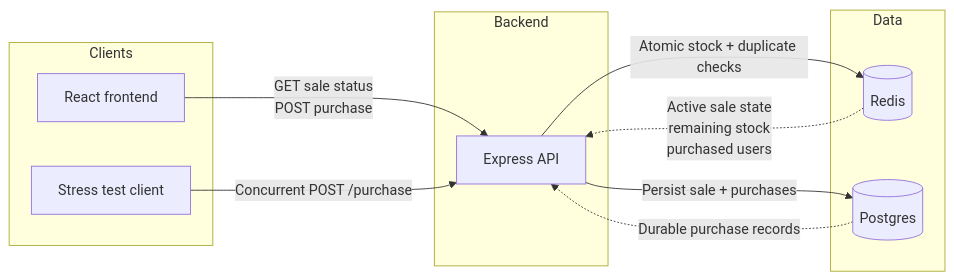
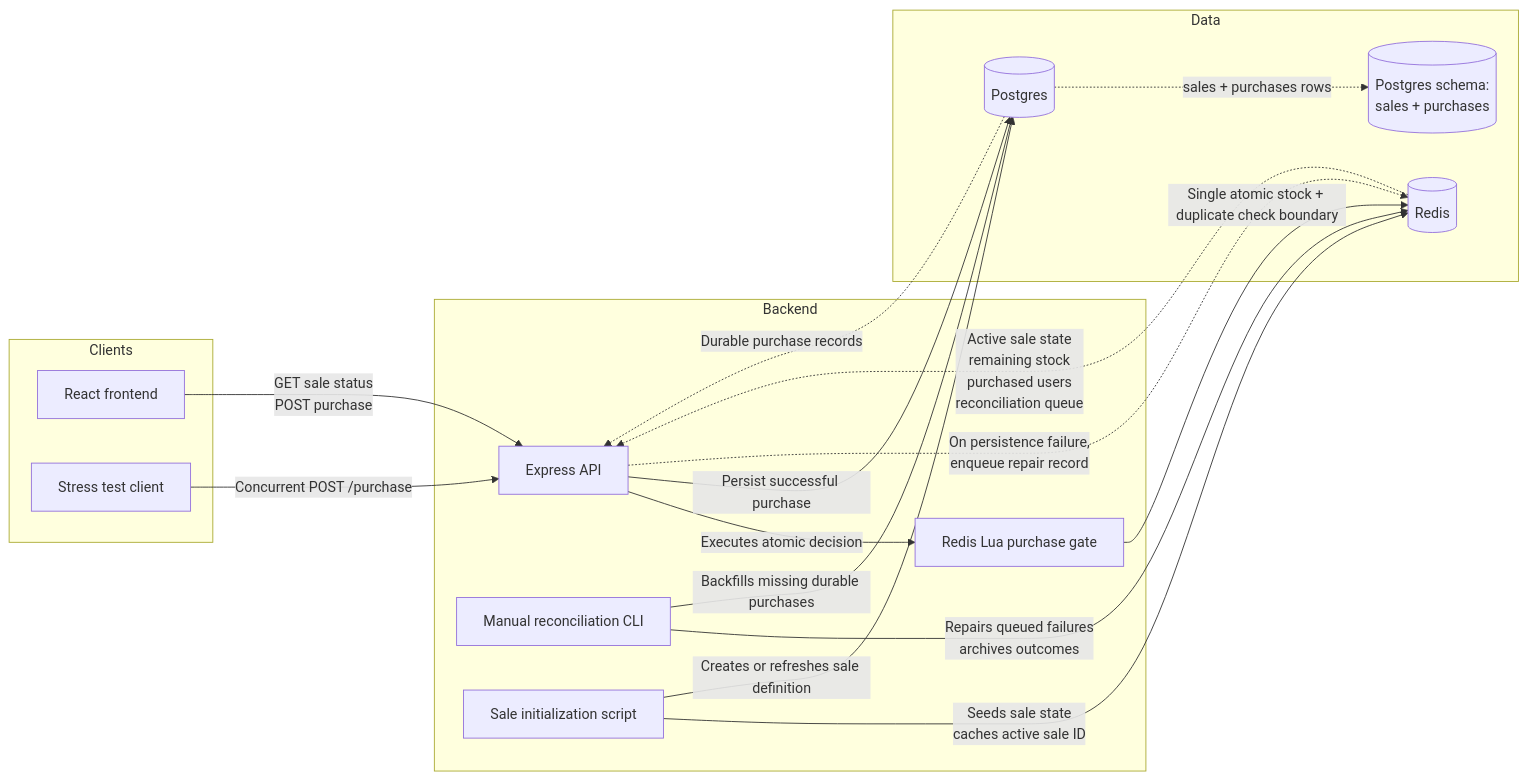
Before and after one commit to nulad/bookipi-assignment: the diagram in README.md, drawn with Mermaid. The commit also changed other lines of this file and 13 other files, not shown here.

First line of the commit message:
feat: RF-T01 implement manual reconciliation flow

````diff
--- a/README.md
+++ b/README.md
@@ -34,23 +28,34 @@
 ```mermaid
 flowchart LR
     subgraph Clients
         WEB[React frontend]
         K6[Stress test client]
     end
 
     subgraph Backend
         API[Express API]
+        LUA[Redis Lua purchase gate]
+        RECON[Manual reconciliation CLI]
+        INIT[Sale initialization script]
     end
 
     subgraph Data
         REDIS[(Redis)]
+        SCHEMA[(Postgres schema:<br/>sales + purchases)]
         PG[(Postgres)]
     end
 
     WEB -->|GET sale status<br/>POST purchase| API
     K6 -->|Concurrent POST /purchase| API
-    API -->|Atomic stock + duplicate checks| REDIS
-    API -->|Persist sale + purchases| PG
-    REDIS -.->|Active sale state<br/>remaining stock<br/>purchased users| API
+    API -->|Executes atomic decision| LUA
+    LUA -->|Single atomic stock + duplicate check boundary| REDIS
+    API -->|Persist successful purchase| PG
+    PG -.->|sales + purchases rows| SCHEMA
+    INIT -->|Seeds sale state<br/>caches active sale ID| REDIS
+    INIT -->|Creates or refreshes sale definition| PG
+    API -.->|On persistence failure,<br/>enqueue repair record| REDIS
+    RECON -->|Repairs queued failures<br/>archives outcomes| REDIS
+    RECON -->|Backfills missing durable purchases| PG
+    REDIS -.->|Active sale state<br/>remaining stock<br/>purchased users<br/>reconciliation queue| API
     PG -.->|Durable purchase records| API
 ```
````
